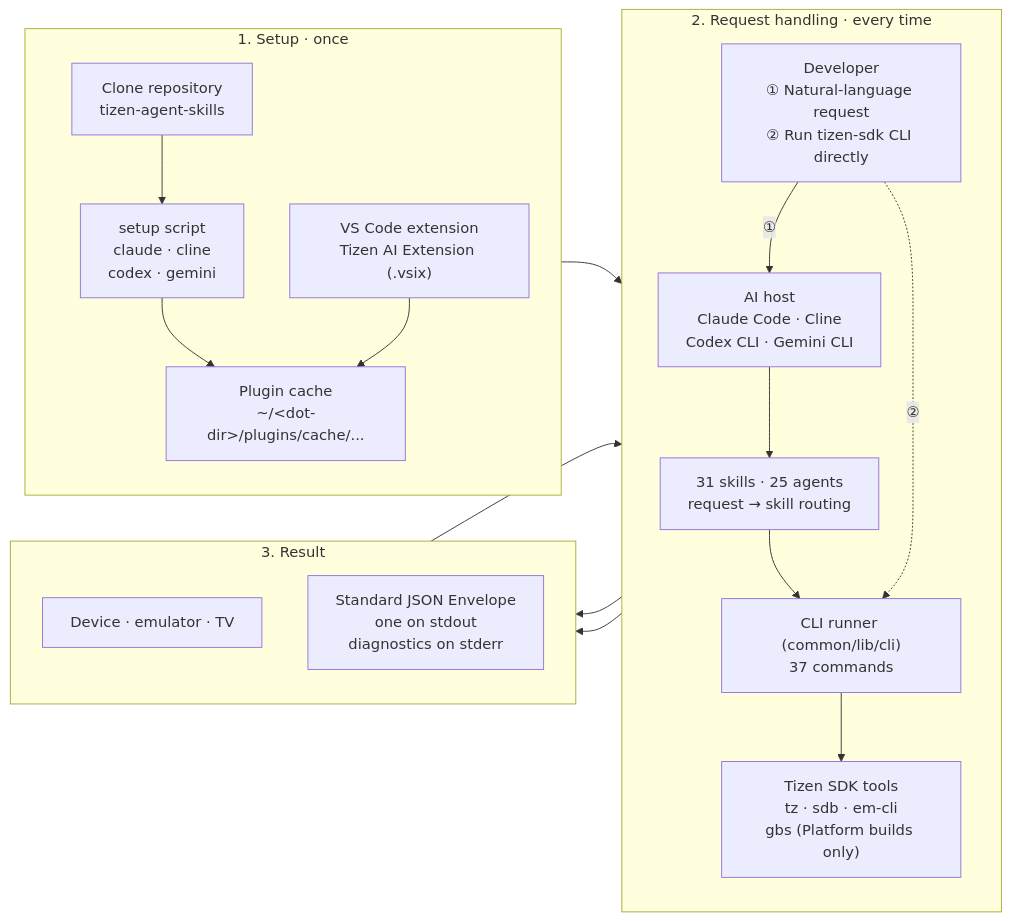
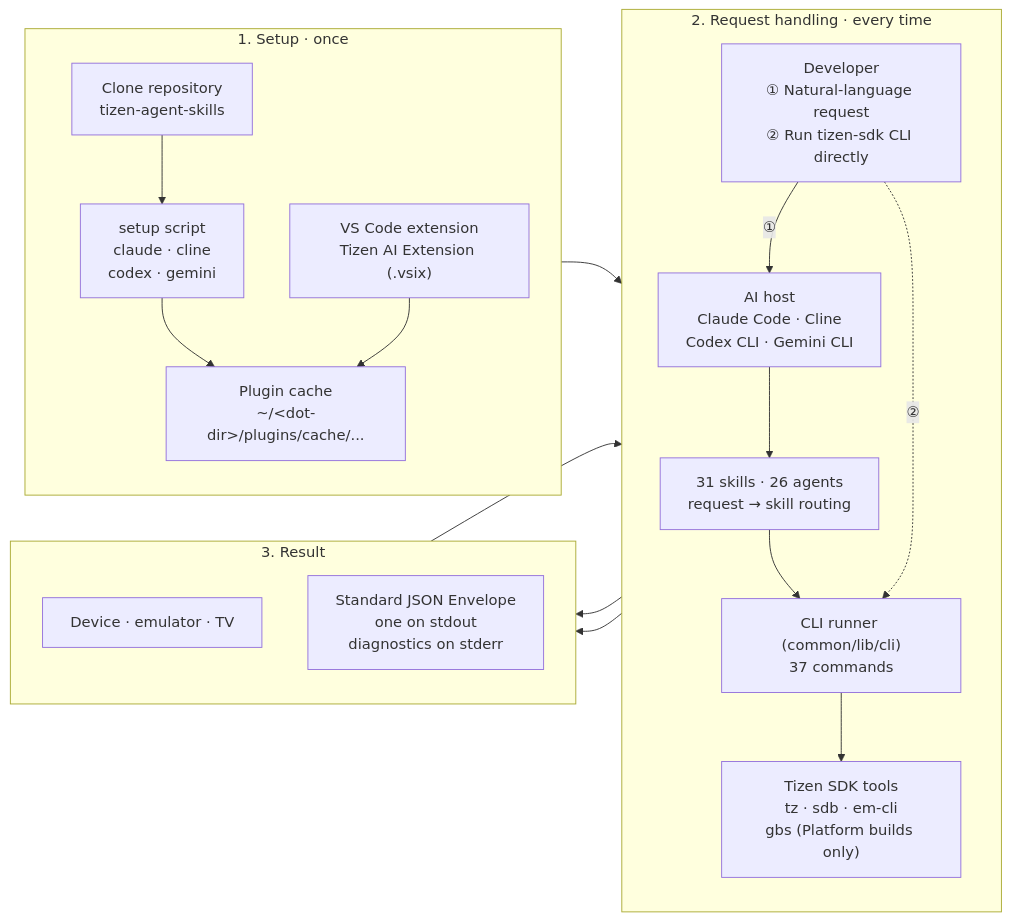
The first of 2 diagrams in tizen-sdk-skills/quick-guide.md (Samsung/tizen-agent-skills), drawn with Mermaid before and after one commit. The commit also changed 17 other files, not shown here.

````diff
--- a/tizen-sdk-skills/quick-guide.md
+++ b/tizen-sdk-skills/quick-guide.md
@@ -11,33 +11,33 @@
 ```mermaid
 flowchart LR
     subgraph S1["1. Setup · once"]
         direction TB
         Clone["Clone repository<br/>tizen-agent-skills"] --> Setup["setup script<br/>claude · cline<br/>codex · gemini"]
         VSIX["VS Code extension<br/>Tizen AI Extension (.vsix)"]
         Setup --> Cache["Plugin cache<br/>~/&lt;dot-dir&gt;/plugins/cache/..."]
         VSIX --> Cache
     end
 
     subgraph S2["2. Request handling · every time"]
         direction TB
         Dev["Developer<br/>① Natural-language request<br/>② Run tizen-sdk CLI directly"]
         Host["AI host<br/>Claude Code · Cline<br/>Codex CLI · Gemini CLI"]
-        Skill["31 skills · 25 agents<br/>request → skill routing"]
+        Skill["31 skills · 26 agents<br/>request → skill routing"]
         Runner["CLI runner (common/lib/cli)<br/>37 commands"]
         Tools["Tizen SDK tools<br/>tz · sdb · em-cli<br/>gbs (Platform builds only)"]
         Dev -->|①| Host --> Skill --> Runner
         Dev -.->|②| Runner
         Runner --> Tools
     end
 
     subgraph S3["3. Result"]
         direction TB
         Target["Device · emulator · TV"]
         Env["Standard JSON Envelope<br/>one on stdout<br/>diagnostics on stderr"]
     end
 
     Cache --> Skill
     Tools --> Target
     Runner --> Env
     Env --> Host
 ```
````
